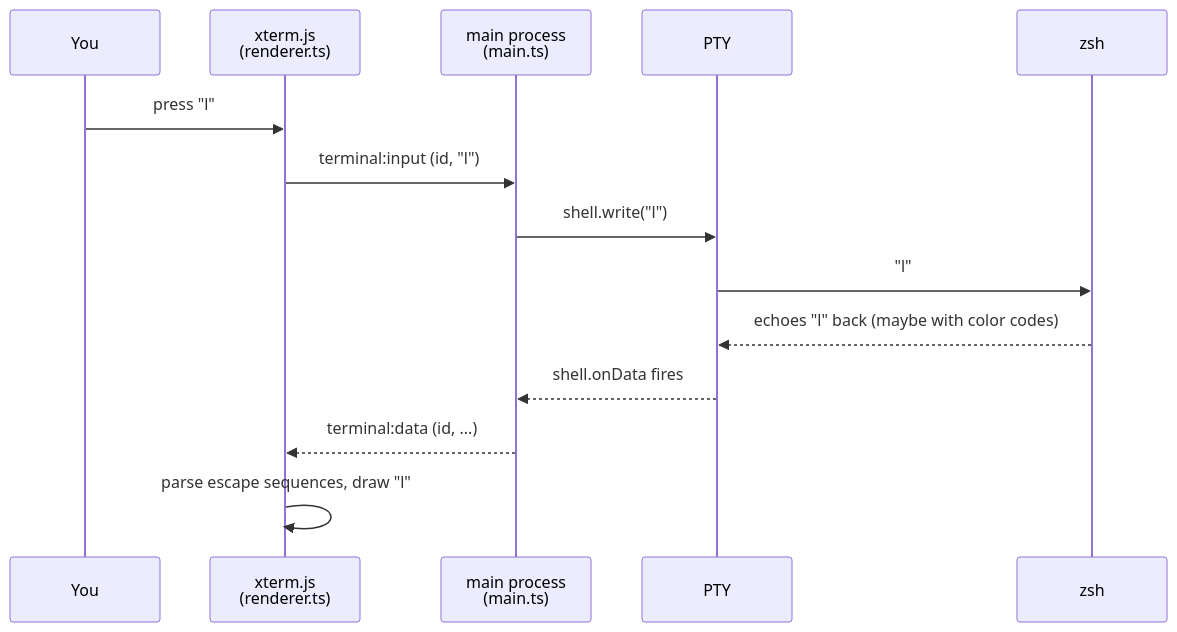
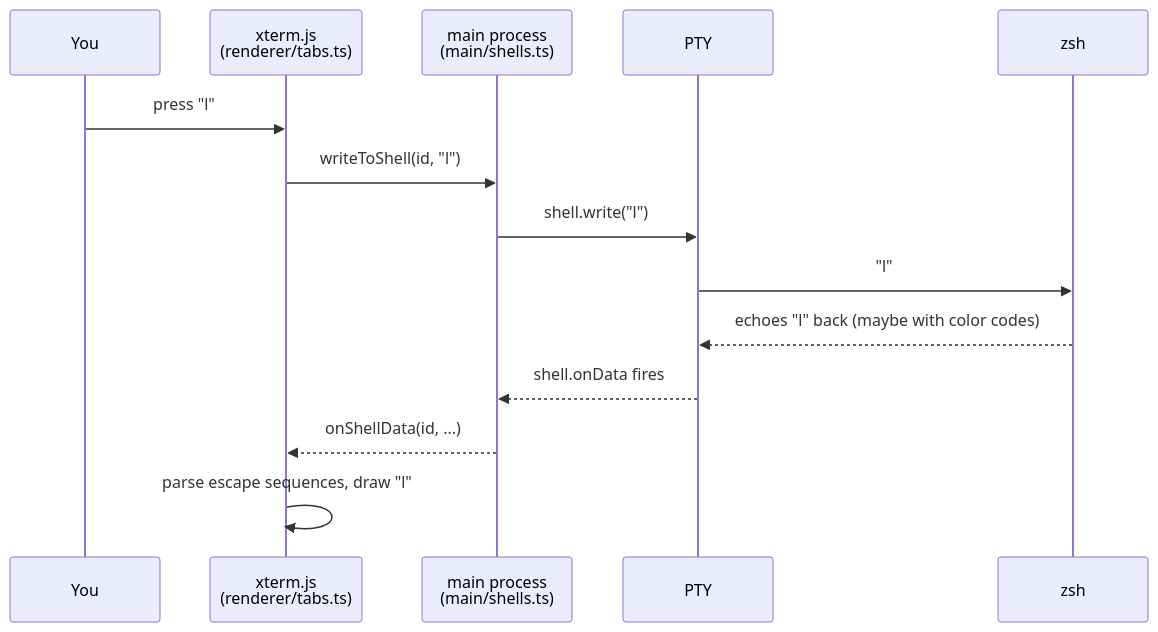
One commit to luis-herasme/editor changed the second of 2 diagrams in README.md. Above: the diagram before and after it, drawn with Mermaid. The commit also changed other lines of this file and 19 other files, not shown here.

````diff
--- a/README.md
+++ b/README.md
@@ -51,17 +51,17 @@
 ```mermaid
 sequenceDiagram
     participant You
-    participant X as xterm.js<br/>(renderer.ts)
-    participant M as main process<br/>(main.ts)
+    participant X as xterm.js<br/>(renderer/tabs.ts)
+    participant M as main process<br/>(main/shells.ts)
     participant P as PTY
     participant Z as zsh
 
     You->>X: press "l"
-    X->>M: terminal:input (id, "l")
+    X->>M: writeToShell(id, "l")
     M->>P: shell.write("l")
     P->>Z: "l"
     Z-->>P: echoes "l" back (maybe with color codes)
     P-->>M: shell.onData fires
-    M-->>X: terminal:data (id, ...)
+    M-->>X: onShellData(id, ...)
     X->>X: parse escape sequences, draw "l"
 ```
````
